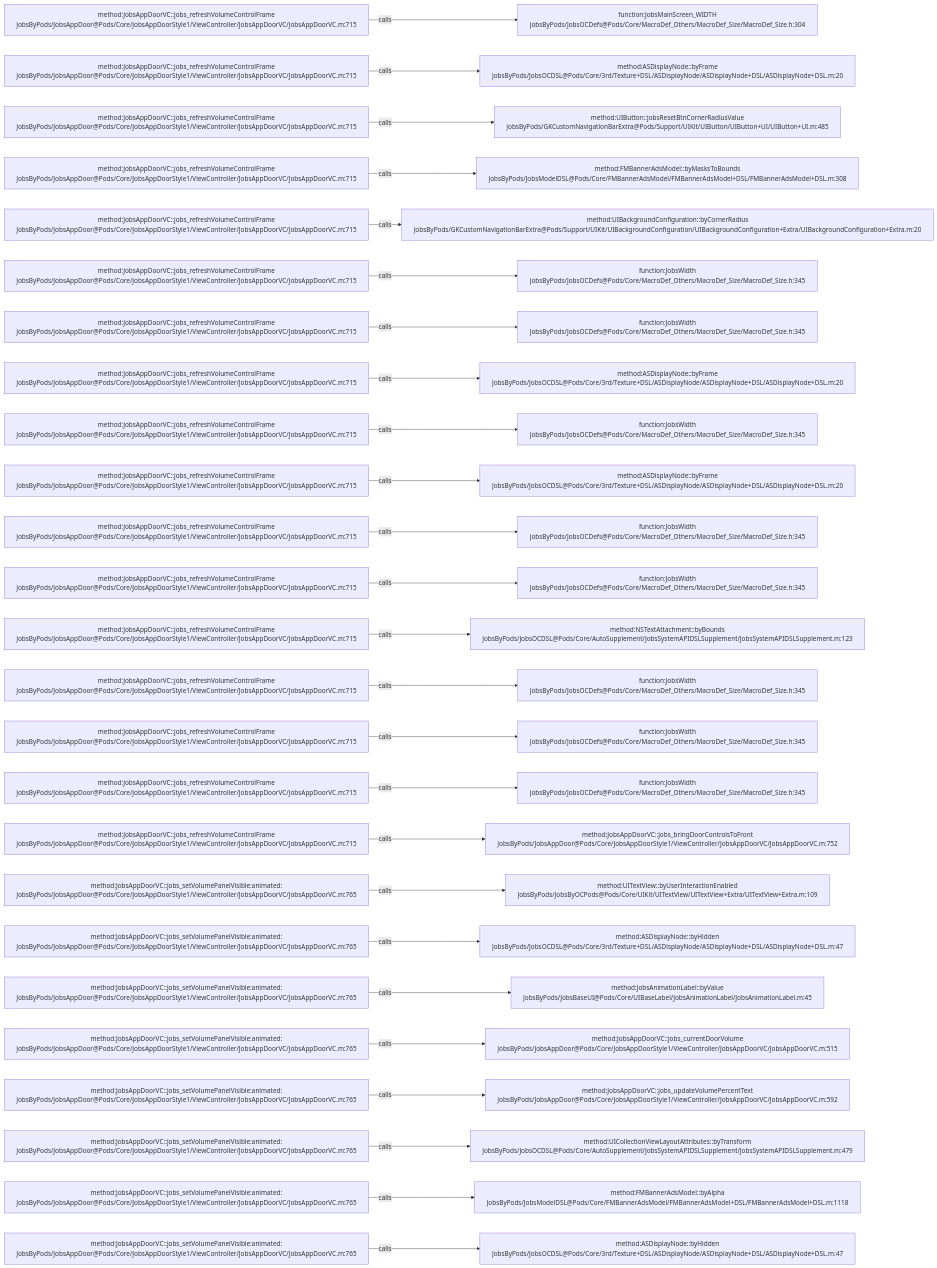
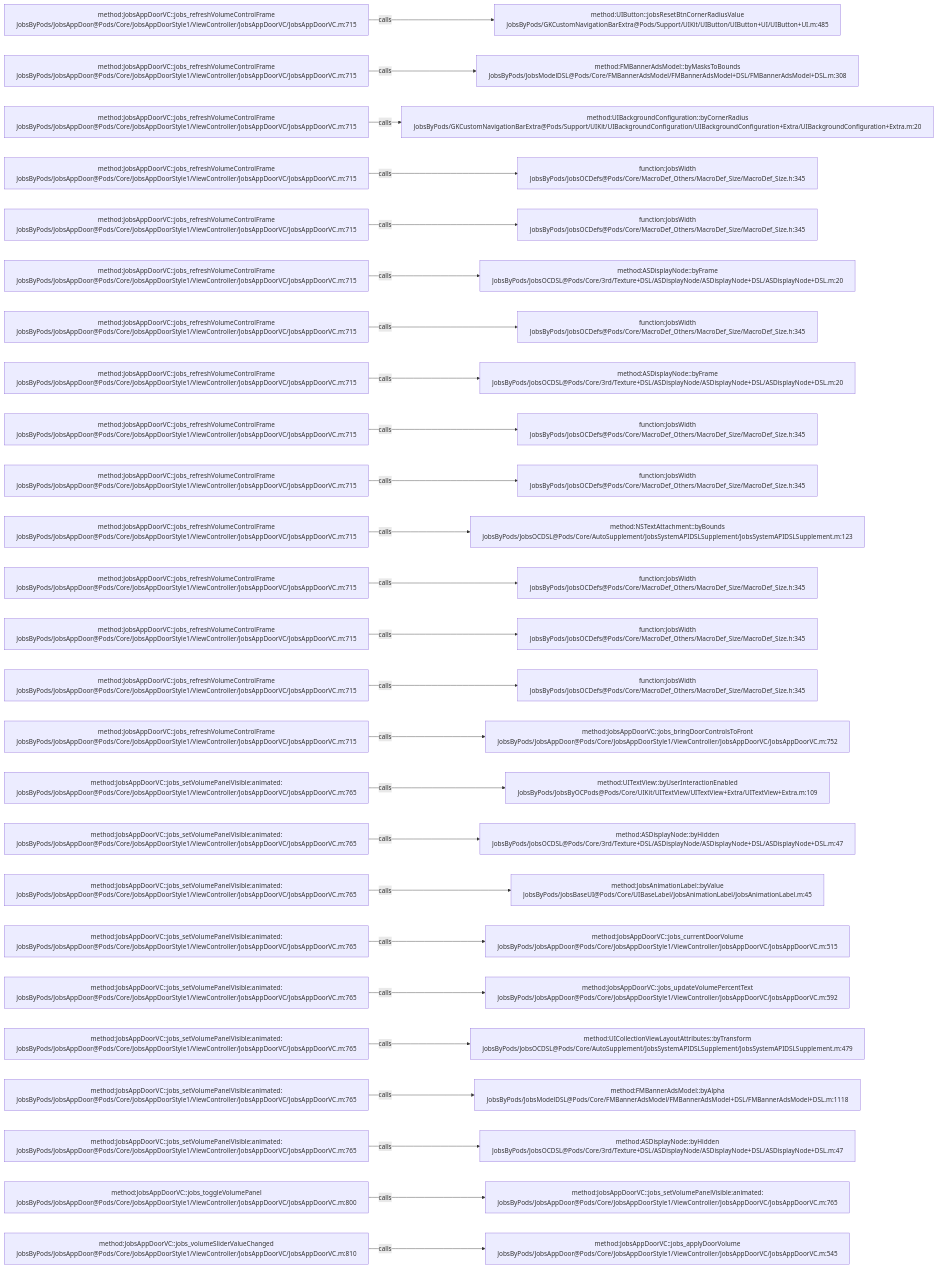
One commit to JobsKits/JobsOCBaseConfigDemo changed the diagram in .codegraph/codegraph.md/graphs/calls-110.md. Above: the diagram before and after it, drawn with Mermaid. The commit also changed 116 other files, not shown here.

````diff
--- a/.codegraph/codegraph.md/graphs/calls-110.md
+++ b/.codegraph/codegraph.md/graphs/calls-110.md
@@ -13,78 +13,78 @@
 ```mermaid
 flowchart LR
   S1["method:JobsAppDoorVC::jobs_refreshVolumeControlFrame<br/>JobsByPods/JobsAppDoor@Pods/Core/JobsAppDoorStyle1/ViewController/JobsAppDoorVC/JobsAppDoorVC.m:715"]
-  T1["function:JobsMainScreen_WIDTH<br/>JobsByPods/JobsOCDefs@Pods/Core/MacroDef_Others/MacroDef_Size/MacroDef_Size.h:304"]
+  T1["method:UIButton::jobsResetBtnCornerRadiusValue<br/>JobsByPods/GKCustomNavigationBarExtra@Pods/Support/UIKit/UIButton/UIButton+UI/UIButton+UI.m:485"]
   S1 -->|calls| T1
   S2["method:JobsAppDoorVC::jobs_refreshVolumeControlFrame<br/>JobsByPods/JobsAppDoor@Pods/Core/JobsAppDoorStyle1/ViewController/JobsAppDoorVC/JobsAppDoorVC.m:715"]
-  T2["method:ASDisplayNode::byFrame<br/>JobsByPods/JobsOCDSL@Pods/Core/3rd/Texture+DSL/ASDisplayNode/ASDisplayNode+DSL/ASDisplayNode+DSL.m:20"]
+  T2["method:FMBannerAdsModel::byMasksToBounds<br/>JobsByPods/JobsModelDSL@Pods/Core/FMBannerAdsModel/FMBannerAdsModel+DSL/FMBannerAdsModel+DSL.m:308"]
   S2 -->|calls| T2
   S3["method:JobsAppDoorVC::jobs_refreshVolumeControlFrame<br/>JobsByPods/JobsAppDoor@Pods/Core/JobsAppDoorStyle1/ViewController/JobsAppDoorVC/JobsAppDoorVC.m:715"]
-  T3["method:UIButton::jobsResetBtnCornerRadiusValue<br/>JobsByPods/GKCustomNavigationBarExtra@Pods/Support/UIKit/UIButton/UIButton+UI/UIButton+UI.m:485"]
+  T3["method:UIBackgroundConfiguration::byCornerRadius<br/>JobsByPods/GKCustomNavigationBarExtra@Pods/Support/UIKit/UIBackgroundConfiguration/UIBackgroundConfiguration+Extra/UIBackgroundConfiguration+Extra.m:20"]
   S3 -->|calls| T3
   S4["method:JobsAppDoorVC::jobs_refreshVolumeControlFrame<br/>JobsByPods/JobsAppDoor@Pods/Core/JobsAppDoorStyle1/ViewController/JobsAppDoorVC/JobsAppDoorVC.m:715"]
-  T4["method:FMBannerAdsModel::byMasksToBounds<br/>JobsByPods/JobsModelDSL@Pods/Core/FMBannerAdsModel/FMBannerAdsModel+DSL/FMBannerAdsModel+DSL.m:308"]
+  T4["function:JobsWidth<br/>JobsByPods/JobsOCDefs@Pods/Core/MacroDef_Others/MacroDef_Size/MacroDef_Size.h:345"]
   S4 -->|calls| T4
   S5["method:JobsAppDoorVC::jobs_refreshVolumeControlFrame<br/>JobsByPods/JobsAppDoor@Pods/Core/JobsAppDoorStyle1/ViewController/JobsAppDoorVC/JobsAppDoorVC.m:715"]
-  T5["method:UIBackgroundConfiguration::byCornerRadius<br/>JobsByPods/GKCustomNavigationBarExtra@Pods/Support/UIKit/UIBackgroundConfiguration/UIBackgroundConfiguration+Extra/UIBackgroundConfiguration+Extra.m:20"]
+  T5["function:JobsWidth<br/>JobsByPods/JobsOCDefs@Pods/Core/MacroDef_Others/MacroDef_Size/MacroDef_Size.h:345"]
   S5 -->|calls| T5
   S6["method:JobsAppDoorVC::jobs_refreshVolumeControlFrame<br/>JobsByPods/JobsAppDoor@Pods/Core/JobsAppDoorStyle1/ViewController/JobsAppDoorVC/JobsAppDoorVC.m:715"]
-  T6["function:JobsWidth<br/>JobsByPods/JobsOCDefs@Pods/Core/MacroDef_Others/MacroDef_Size/MacroDef_Size.h:345"]
+  T6["method:ASDisplayNode::byFrame<br/>JobsByPods/JobsOCDSL@Pods/Core/3rd/Texture+DSL/ASDisplayNode/ASDisplayNode+DSL/ASDisplayNode+DSL.m:20"]
   S6 -->|calls| T6
   S7["method:JobsAppDoorVC::jobs_refreshVolumeControlFrame<br/>JobsByPods/JobsAppDoor@Pods/Core/JobsAppDoorStyle1/ViewController/JobsAppDoorVC/JobsAppDoorVC.m:715"]
   T7["function:JobsWidth<br/>JobsByPods/JobsOCDefs@Pods/Core/MacroDef_Others/MacroDef_Size/MacroDef_Size.h:345"]
   S7 -->|calls| T7
   S8["method:JobsAppDoorVC::jobs_refreshVolumeControlFrame<br/>JobsByPods/JobsAppDoor@Pods/Core/JobsAppDoorStyle1/ViewController/JobsAppDoorVC/JobsAppDoorVC.m:715"]
   T8["method:ASDisplayNode::byFrame<br/>JobsByPods/JobsOCDSL@Pods/Core/3rd/Texture+DSL/ASDisplayNode/ASDisplayNode+DSL/ASDisplayNode+DSL.m:20"]
   S8 -->|calls| T8
   S9["method:JobsAppDoorVC::jobs_refreshVolumeControlFrame<br/>JobsByPods/JobsAppDoor@Pods/Core/JobsAppDoorStyle1/ViewController/JobsAppDoorVC/JobsAppDoorVC.m:715"]
   T9["function:JobsWidth<br/>JobsByPods/JobsOCDefs@Pods/Core/MacroDef_Others/MacroDef_Size/MacroDef_Size.h:345"]
   S9 -->|calls| T9
   S10["method:JobsAppDoorVC::jobs_refreshVolumeControlFrame<br/>JobsByPods/JobsAppDoor@Pods/Core/JobsAppDoorStyle1/ViewController/JobsAppDoorVC/JobsAppDoorVC.m:715"]
-  T10["method:ASDisplayNode::byFrame<br/>JobsByPods/JobsOCDSL@Pods/Core/3rd/Texture+DSL/ASDisplayNode/ASDisplayNode+DSL/ASDisplayNode+DSL.m:20"]
+  T10["function:JobsWidth<br/>JobsByPods/JobsOCDefs@Pods/Core/MacroDef_Others/MacroDef_Size/MacroDef_Size.h:345"]
   S10 -->|calls| T10
   S11["method:JobsAppDoorVC::jobs_refreshVolumeControlFrame<br/>JobsByPods/JobsAppDoor@Pods/Core/JobsAppDoorStyle1/ViewController/JobsAppDoorVC/JobsAppDoorVC.m:715"]
-  T11["function:JobsWidth<br/>JobsByPods/JobsOCDefs@Pods/Core/MacroDef_Others/MacroDef_Size/MacroDef_Size.h:345"]
+  T11["method:NSTextAttachment::byBounds<br/>JobsByPods/JobsOCDSL@Pods/Core/AutoSupplement/JobsSystemAPIDSLSupplement/JobsSystemAPIDSLSupplement.m:123"]
   S11 -->|calls| T11
   S12["method:JobsAppDoorVC::jobs_refreshVolumeControlFrame<br/>JobsByPods/JobsAppDoor@Pods/Core/JobsAppDoorStyle1/ViewController/JobsAppDoorVC/JobsAppDoorVC.m:715"]
   T12["function:JobsWidth<br/>JobsByPods/JobsOCDefs@Pods/Core/MacroDef_Others/MacroDef_Size/MacroDef_Size.h:345"]
   S12 -->|calls| T12
   S13["method:JobsAppDoorVC::jobs_refreshVolumeControlFrame<br/>JobsByPods/JobsAppDoor@Pods/Core/JobsAppDoorStyle1/ViewController/JobsAppDoorVC/JobsAppDoorVC.m:715"]
-  T13["method:NSTextAttachment::byBounds<br/>JobsByPods/JobsOCDSL@Pods/Core/AutoSupplement/JobsSystemAPIDSLSupplement/JobsSystemAPIDSLSupplement.m:123"]
+  T13["function:JobsWidth<br/>JobsByPods/JobsOCDefs@Pods/Core/MacroDef_Others/MacroDef_Size/MacroDef_Size.h:345"]
   S13 -->|calls| T13
   S14["method:JobsAppDoorVC::jobs_refreshVolumeControlFrame<br/>JobsByPods/JobsAppDoor@Pods/Core/JobsAppDoorStyle1/ViewController/JobsAppDoorVC/JobsAppDoorVC.m:715"]
   T14["function:JobsWidth<br/>JobsByPods/JobsOCDefs@Pods/Core/MacroDef_Others/MacroDef_Size/MacroDef_Size.h:345"]
   S14 -->|calls| T14
   S15["method:JobsAppDoorVC::jobs_refreshVolumeControlFrame<br/>JobsByPods/JobsAppDoor@Pods/Core/JobsAppDoorStyle1/ViewController/JobsAppDoorVC/JobsAppDoorVC.m:715"]
-  T15["function:JobsWidth<br/>JobsByPods/JobsOCDefs@Pods/Core/MacroDef_Others/MacroDef_Size/MacroDef_Size.h:345"]
+  T15["method:JobsAppDoorVC::jobs_bringDoorControlsToFront<br/>JobsByPods/JobsAppDoor@Pods/Core/JobsAppDoorStyle1/ViewController/JobsAppDoorVC/JobsAppDoorVC.m:752"]
   S15 -->|calls| T15
-  S16["method:JobsAppDoorVC::jobs_refreshVolumeControlFrame<br/>JobsByPods/JobsAppDoor@Pods/Core/JobsAppDoorStyle1/ViewController/JobsAppDoorVC/JobsAppDoorVC.m:715"]
-  T16["function:JobsWidth<br/>JobsByPods/JobsOCDefs@Pods/Core/MacroDef_Others/MacroDef_Size/MacroDef_Size.h:345"]
+  S16["method:JobsAppDoorVC::jobs_setVolumePanelVisible:animated:<br/>JobsByPods/JobsAppDoor@Pods/Core/JobsAppDoorStyle1/ViewController/JobsAppDoorVC/JobsAppDoorVC.m:765"]
+  T16["method:UITextView::byUserInteractionEnabled<br/>JobsByPods/JobsByOCPods@Pods/Core/UIKit/UITextView/UITextView+Extra/UITextView+Extra.m:109"]
   S16 -->|calls| T16
-  S17["method:JobsAppDoorVC::jobs_refreshVolumeControlFrame<br/>JobsByPods/JobsAppDoor@Pods/Core/JobsAppDoorStyle1/ViewController/JobsAppDoorVC/JobsAppDoorVC.m:715"]
-  T17["method:JobsAppDoorVC::jobs_bringDoorControlsToFront<br/>JobsByPods/JobsAppDoor@Pods/Core/JobsAppDoorStyle1/ViewController/JobsAppDoorVC/JobsAppDoorVC.m:752"]
+  S17["method:JobsAppDoorVC::jobs_setVolumePanelVisible:animated:<br/>JobsByPods/JobsAppDoor@Pods/Core/JobsAppDoorStyle1/ViewController/JobsAppDoorVC/JobsAppDoorVC.m:765"]
+  T17["method:ASDisplayNode::byHidden<br/>JobsByPods/JobsOCDSL@Pods/Core/3rd/Texture+DSL/ASDisplayNode/ASDisplayNode+DSL/ASDisplayNode+DSL.m:47"]
   S17 -->|calls| T17
   S18["method:JobsAppDoorVC::jobs_setVolumePanelVisible:animated:<br/>JobsByPods/JobsAppDoor@Pods/Core/JobsAppDoorStyle1/ViewController/JobsAppDoorVC/JobsAppDoorVC.m:765"]
-  T18["method:UITextView::byUserInteractionEnabled<br/>JobsByPods/JobsByOCPods@Pods/Core/UIKit/UITextView/UITextView+Extra/UITextView+Extra.m:109"]
+  T18["method:JobsAnimationLabel::byValue<br/>JobsByPods/JobsBaseUI@Pods/Core/UIBaseLabel/JobsAnimationLabel/JobsAnimationLabel.m:45"]
   S18 -->|calls| T18
   S19["method:JobsAppDoorVC::jobs_setVolumePanelVisible:animated:<br/>JobsByPods/JobsAppDoor@Pods/Core/JobsAppDoorStyle1/ViewController/JobsAppDoorVC/JobsAppDoorVC.m:765"]
-  T19["method:ASDisplayNode::byHidden<br/>JobsByPods/JobsOCDSL@Pods/Core/3rd/Texture+DSL/ASDisplayNode/ASDisplayNode+DSL/ASDisplayNode+DSL.m:47"]
+  T19["method:JobsAppDoorVC::jobs_currentDoorVolume<br/>JobsByPods/JobsAppDoor@Pods/Core/JobsAppDoorStyle1/ViewController/JobsAppDoorVC/JobsAppDoorVC.m:515"]
   S19 -->|calls| T19
   S20["method:JobsAppDoorVC::jobs_setVolumePanelVisible:animated:<br/>JobsByPods/JobsAppDoor@Pods/Core/JobsAppDoorStyle1/ViewController/JobsAppDoorVC/JobsAppDoorVC.m:765"]
-  T20["method:JobsAnimationLabel::byValue<br/>JobsByPods/JobsBaseUI@Pods/Core/UIBaseLabel/JobsAnimationLabel/JobsAnimationLabel.m:45"]
+  T20["method:JobsAppDoorVC::jobs_updateVolumePercentText<br/>JobsByPods/JobsAppDoor@Pods/Core/JobsAppDoorStyle1/ViewController/JobsAppDoorVC/JobsAppDoorVC.m:592"]
   S20 -->|calls| T20
   S21["method:JobsAppDoorVC::jobs_setVolumePanelVisible:animated:<br/>JobsByPods/JobsAppDoor@Pods/Core/JobsAppDoorStyle1/ViewController/JobsAppDoorVC/JobsAppDoorVC.m:765"]
-  T21["method:JobsAppDoorVC::jobs_currentDoorVolume<br/>JobsByPods/JobsAppDoor@Pods/Core/JobsAppDoorStyle1/ViewController/JobsAppDoorVC/JobsAppDoorVC.m:515"]
+  T21["method:UICollectionViewLayoutAttributes::byTransform<br/>JobsByPods/JobsOCDSL@Pods/Core/AutoSupplement/JobsSystemAPIDSLSupplement/JobsSystemAPIDSLSupplement.m:479"]
   S21 -->|calls| T21
   S22["method:JobsAppDoorVC::jobs_setVolumePanelVisible:animated:<br/>JobsByPods/JobsAppDoor@Pods/Core/JobsAppDoorStyle1/ViewController/JobsAppDoorVC/JobsAppDoorVC.m:765"]
-  T22["method:JobsAppDoorVC::jobs_updateVolumePercentText<br/>JobsByPods/JobsAppDoor@Pods/Core/JobsAppDoorStyle1/ViewController/JobsAppDoorVC/JobsAppDoorVC.m:592"]
+  T22["method:FMBannerAdsModel::byAlpha<br/>JobsByPods/JobsModelDSL@Pods/Core/FMBannerAdsModel/FMBannerAdsModel+DSL/FMBannerAdsModel+DSL.m:1118"]
   S22 -->|calls| T22
   S23["method:JobsAppDoorVC::jobs_setVolumePanelVisible:animated:<br/>JobsByPods/JobsAppDoor@Pods/Core/JobsAppDoorStyle1/ViewController/JobsAppDoorVC/JobsAppDoorVC.m:765"]
-  T23["method:UICollectionViewLayoutAttributes::byTransform<br/>JobsByPods/JobsOCDSL@Pods/Core/AutoSupplement/JobsSystemAPIDSLSupplement/JobsSystemAPIDSLSupplement.m:479"]
+  T23["method:ASDisplayNode::byHidden<br/>JobsByPods/JobsOCDSL@Pods/Core/3rd/Texture+DSL/ASDisplayNode/ASDisplayNode+DSL/ASDisplayNode+DSL.m:47"]
   S23 -->|calls| T23
-  S24["method:JobsAppDoorVC::jobs_setVolumePanelVisible:animated:<br/>JobsByPods/JobsAppDoor@Pods/Core/JobsAppDoorStyle1/ViewController/JobsAppDoorVC/JobsAppDoorVC.m:765"]
-  T24["method:FMBannerAdsModel::byAlpha<br/>JobsByPods/JobsModelDSL@Pods/Core/FMBannerAdsModel/FMBannerAdsModel+DSL/FMBannerAdsModel+DSL.m:1118"]
+  S24["method:JobsAppDoorVC::jobs_toggleVolumePanel<br/>JobsByPods/JobsAppDoor@Pods/Core/JobsAppDoorStyle1/ViewController/JobsAppDoorVC/JobsAppDoorVC.m:800"]
+  T24["method:JobsAppDoorVC::jobs_setVolumePanelVisible:animated:<br/>JobsByPods/JobsAppDoor@Pods/Core/JobsAppDoorStyle1/ViewController/JobsAppDoorVC/JobsAppDoorVC.m:765"]
   S24 -->|calls| T24
-  S25["method:JobsAppDoorVC::jobs_setVolumePanelVisible:animated:<br/>JobsByPods/JobsAppDoor@Pods/Core/JobsAppDoorStyle1/ViewController/JobsAppDoorVC/JobsAppDoorVC.m:765"]
-  T25["method:ASDisplayNode::byHidden<br/>JobsByPods/JobsOCDSL@Pods/Core/3rd/Texture+DSL/ASDisplayNode/ASDisplayNode+DSL/ASDisplayNode+DSL.m:47"]
+  S25["method:JobsAppDoorVC::jobs_volumeSliderValueChanged<br/>JobsByPods/JobsAppDoor@Pods/Core/JobsAppDoorStyle1/ViewController/JobsAppDoorVC/JobsAppDoorVC.m:810"]
+  T25["method:JobsAppDoorVC::jobs_applyDoorVolume<br/>JobsByPods/JobsAppDoor@Pods/Core/JobsAppDoorStyle1/ViewController/JobsAppDoorVC/JobsAppDoorVC.m:545"]
   S25 -->|calls| T25
 ```
````
